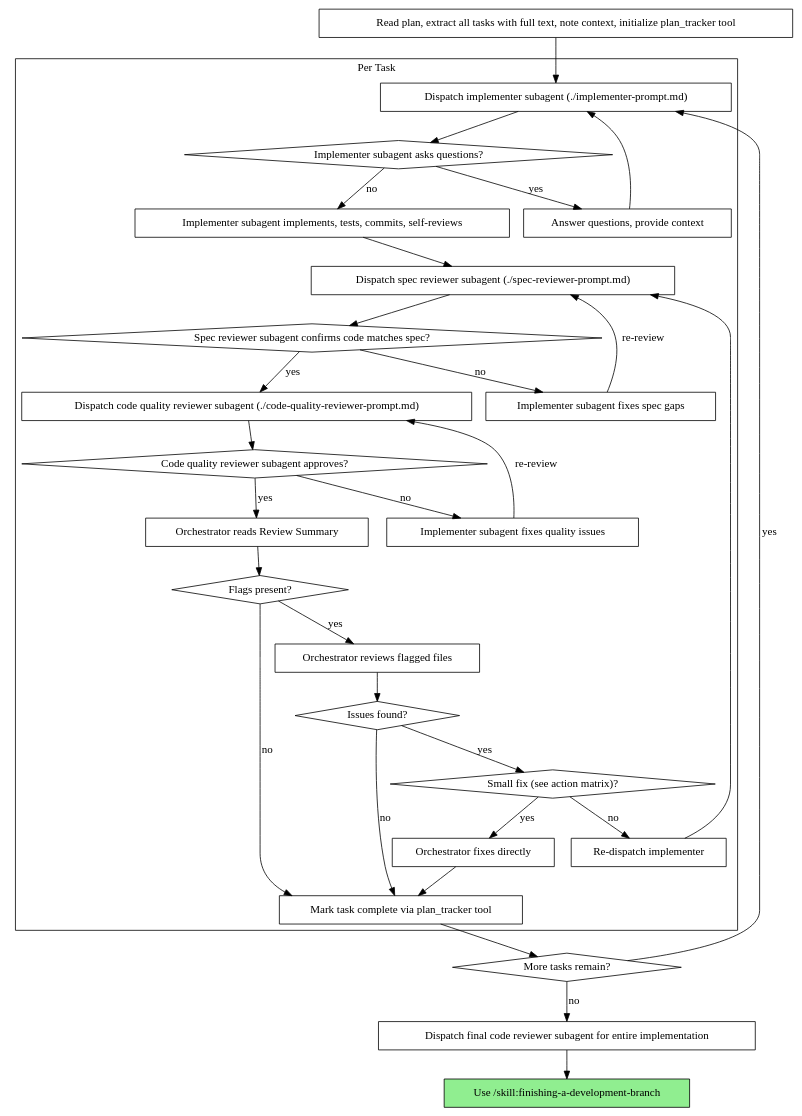
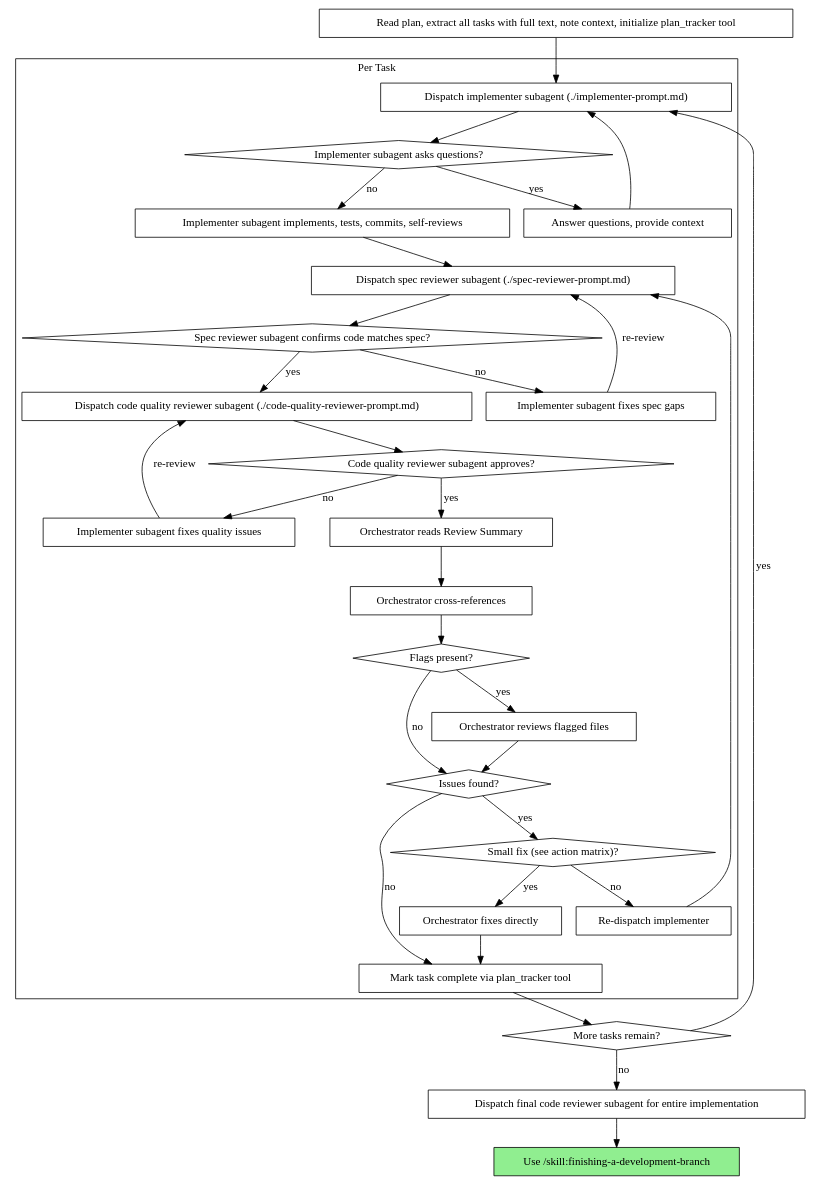
One commit to mariusvniekerk/pi-superpowers-plus changed the second of 2 diagrams in skills/subagent-driven-development/SKILL.md. Above: the diagram before and after it, drawn with Graphviz. The commit also changed other lines of this file and 1 other file, not shown here.

Commit message:
fix(subagent-driven): orchestrator always cross-references, flags are hints not gate

````diff
--- a/skills/subagent-driven-development/SKILL.md
+++ b/skills/subagent-driven-development/SKILL.md
@@ -60,61 +60,63 @@
 ```dot
 digraph process {
     rankdir=TB;
 
     subgraph cluster_per_task {
         label="Per Task";
         "Dispatch implementer subagent (./implementer-prompt.md)" [shape=box];
         "Implementer subagent asks questions?" [shape=diamond];
         "Answer questions, provide context" [shape=box];
         "Implementer subagent implements, tests, commits, self-reviews" [shape=box];
         "Dispatch spec reviewer subagent (./spec-reviewer-prompt.md)" [shape=box];
         "Spec reviewer subagent confirms code matches spec?" [shape=diamond];
         "Implementer subagent fixes spec gaps" [shape=box];
         "Dispatch code quality reviewer subagent (./code-quality-reviewer-prompt.md)" [shape=box];
         "Code quality reviewer subagent approves?" [shape=diamond];
         "Implementer subagent fixes quality issues" [shape=box];
         "Orchestrator reads Review Summary" [shape=box];
+        "Orchestrator cross-references" [shape=box];
         "Flags present?" [shape=diamond];
         "Orchestrator reviews flagged files" [shape=box];
         "Issues found?" [shape=diamond];
         "Small fix (see action matrix)?" [shape=diamond];
         "Orchestrator fixes directly" [shape=box];
         "Re-dispatch implementer" [shape=box];
         "Mark task complete via plan_tracker tool" [shape=box];
     }
 
     "Read plan, extract all tasks with full text, note context, initialize plan_tracker tool" [shape=box];
     "More tasks remain?" [shape=diamond];
     "Dispatch final code reviewer subagent for entire implementation" [shape=box];
     "Use /skill:finishing-a-development-branch" [shape=box style=filled fillcolor=lightgreen];
 
     "Read plan, extract all tasks with full text, note context, initialize plan_tracker tool" -> "Dispatch implementer subagent (./implementer-prompt.md)";
     "Dispatch implementer subagent (./implementer-prompt.md)" -> "Implementer subagent asks questions?";
     "Implementer subagent asks questions?" -> "Answer questions, provide context" [label="yes"];
     "Answer questions, provide context" -> "Dispatch implementer subagent (./implementer-prompt.md)";
     "Implementer subagent asks questions?" -> "Implementer subagent implements, tests, commits, self-reviews" [label="no"];
     "Implementer subagent implements, tests, commits, self-reviews" -> "Dispatch spec reviewer subagent (./spec-reviewer-prompt.md)";
     "Dispatch spec reviewer subagent (./spec-reviewer-prompt.md)" -> "Spec reviewer subagent confirms code matches spec?";
     "Spec reviewer subagent confirms code matches spec?" -> "Implementer subagent fixes spec gaps" [label="no"];
     "Implementer subagent fixes spec gaps" -> "Dispatch spec reviewer subagent (./spec-reviewer-prompt.md)" [label="re-review"];
     "Spec reviewer subagent confirms code matches spec?" -> "Dispatch code quality reviewer subagent (./code-quality-reviewer-prompt.md)" [label="yes"];
     "Dispatch code quality reviewer subagent (./code-quality-reviewer-prompt.md)" -> "Code quality reviewer subagent approves?";
     "Code quality reviewer subagent approves?" -> "Implementer subagent fixes quality issues" [label="no"];
     "Implementer subagent fixes quality issues" -> "Dispatch code quality reviewer subagent (./code-quality-reviewer-prompt.md)" [label="re-review"];
     "Code quality reviewer subagent approves?" -> "Orchestrator reads Review Summary" [label="yes"];
-    "Orchestrator reads Review Summary" -> "Flags present?";
-    "Flags present?" -> "Mark task complete via plan_tracker tool" [label="no"];
+    "Orchestrator reads Review Summary" -> "Orchestrator cross-references";
+    "Orchestrator cross-references" -> "Flags present?";
+    "Flags present?" -> "Issues found?" [label="no"];
     "Flags present?" -> "Orchestrator reviews flagged files" [label="yes"];
     "Orchestrator reviews flagged files" -> "Issues found?";
     "Issues found?" -> "Mark task complete via plan_tracker tool" [label="no"];
     "Issues found?" -> "Small fix (see action matrix)?" [label="yes"];
     "Small fix (see action matrix)?" -> "Orchestrator fixes directly" [label="yes"];
     "Small fix (see action matrix)?" -> "Re-dispatch implementer" [label="no"];
     "Orchestrator fixes directly" -> "Mark task complete via plan_tracker tool";
     "Re-dispatch implementer" -> "Dispatch spec reviewer subagent (./spec-reviewer-prompt.md)";
     "Mark task complete via plan_tracker tool" -> "More tasks remain?";
     "More tasks remain?" -> "Dispatch implementer subagent (./implementer-prompt.md)" [label="yes"];
     "More tasks remain?" -> "Dispatch final code reviewer subagent for entire implementation" [label="no"];
     "Dispatch final code reviewer subagent for entire implementation" -> "Use /skill:finishing-a-development-branch";
 }
 ```
````
